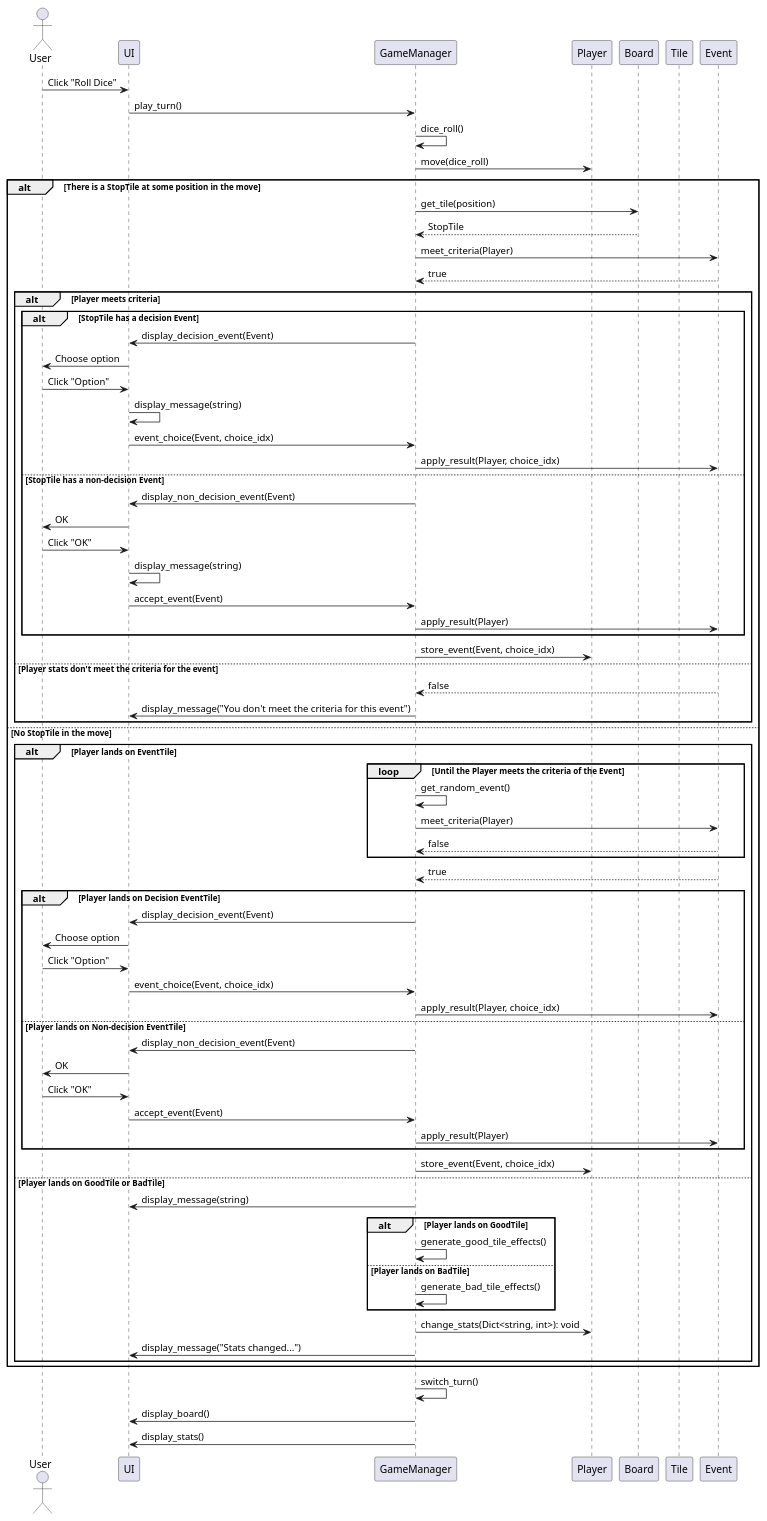
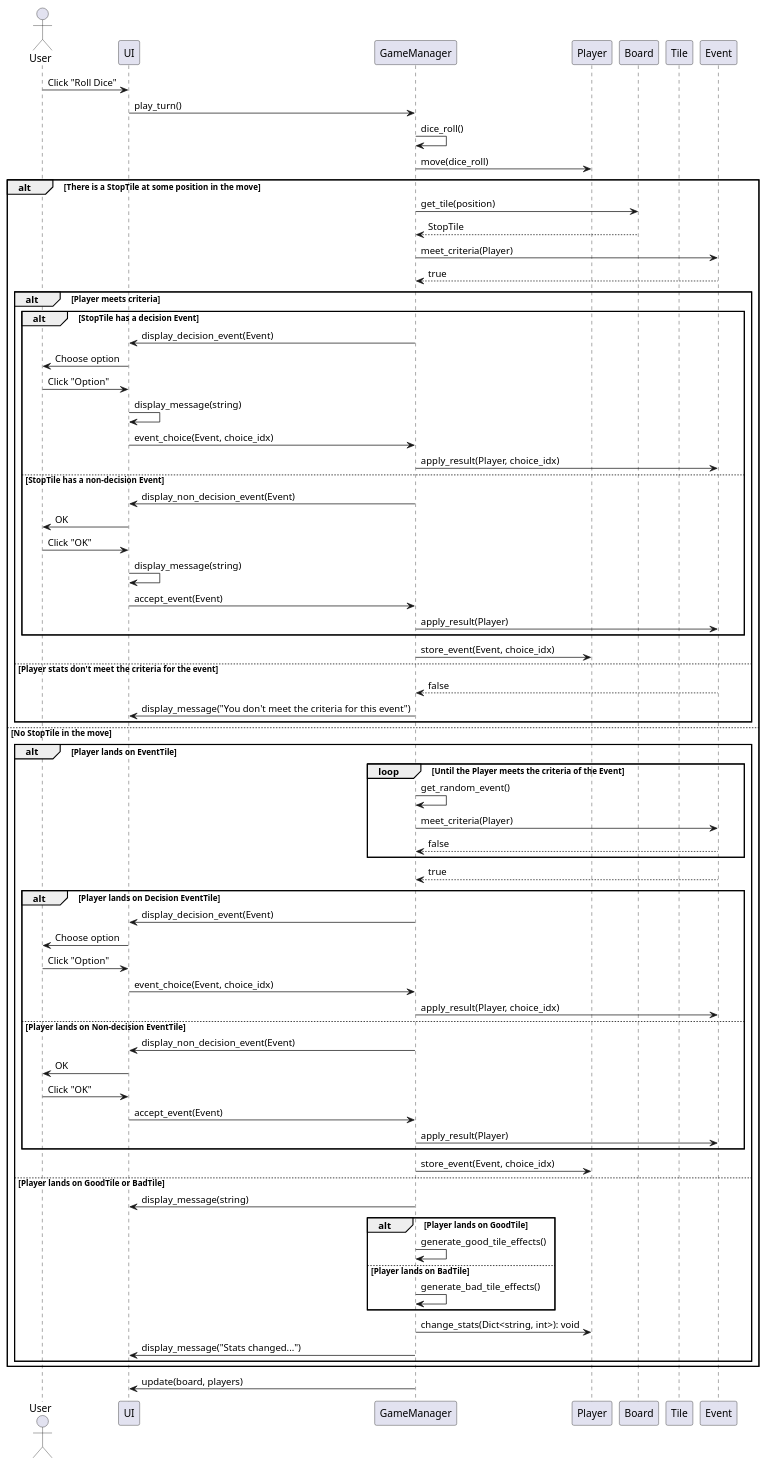
Before and after one commit to CSE-362-2025/BoardGameProject: the diagram in diagrams/sd_dice_roll.puml, drawn with PlantUML. The commit also changed 6 other files, not shown here.

```diff
--- a/diagrams/sd_dice_roll.puml
+++ b/diagrams/sd_dice_roll.puml
@@ -1,99 +1,97 @@
 @startuml SequenceDiagram: Dice roll and movement for human player
 actor User
 participant UI
 participant GameManager
 participant Player
 participant Board
 participant Tile
 participant Event
 
 User -> UI: Click "Roll Dice"
 UI -> GameManager: play_turn()
 GameManager -> GameManager: dice_roll()
 GameManager -> Player: move(dice_roll)
 
 alt There is a StopTile at some position in the move
 
 
         GameManager -> Board: get_tile(position)
         Board --> GameManager: StopTile
         GameManager -> Event: meet_criteria(Player)
         Event --> GameManager: true
 
         alt Player meets criteria
 
             alt StopTile has a decision Event
                 GameManager -> UI: display_decision_event(Event)
                 UI -> User: Choose option
                 User -> UI: Click "Option"
                 UI -> UI: display_message(string)
                 UI -> GameManager: event_choice(Event, choice_idx)
                 GameManager -> Event: apply_result(Player, choice_idx)
 
             else StopTile has a non-decision Event
                 GameManager -> UI: display_non_decision_event(Event)
                 UI -> User: OK
                 User -> UI: Click "OK"
                 UI -> UI: display_message(string)
                 UI -> GameManager: accept_event(Event)
                 GameManager -> Event: apply_result(Player)
             end
 
             GameManager -> Player: store_event(Event, choice_idx)
 
         else Player stats don't meet the criteria for the event
             Event --> GameManager: false
             GameManager -> UI: display_message("You don't meet the criteria for this event")
         end
 
 else No StopTile in the move
 
     alt Player lands on EventTile
 
         loop Until the Player meets the criteria of the Event
             GameManager -> GameManager: get_random_event()
             GameManager -> Event: meet_criteria(Player)
             Event --> GameManager: false
         end
     
         Event --> GameManager: true
 
         alt Player lands on Decision EventTile
             GameManager -> UI: display_decision_event(Event)
             UI -> User: Choose option
             User -> UI: Click "Option"
             UI -> GameManager: event_choice(Event, choice_idx)
             GameManager -> Event: apply_result(Player, choice_idx)
 
 
         else Player lands on Non-decision EventTile
             GameManager -> UI: display_non_decision_event(Event)
             UI -> User: OK
             User -> UI: Click "OK"
             UI -> GameManager: accept_event(Event)
             GameManager -> Event: apply_result(Player)
 
         end
         
         GameManager -> Player: store_event(Event, choice_idx)
     
     else Player lands on GoodTile or BadTile
         GameManager -> UI: display_message(string)
 
         alt Player lands on GoodTile
             GameManager -> GameManager: generate_good_tile_effects()
         else Player lands on BadTile
             GameManager -> GameManager: generate_bad_tile_effects()
         end
 
         GameManager -> Player: change_stats(Dict<string, int>): void
         GameManager -> UI: display_message("Stats changed...")
 
     end
 end
 
-GameManager -> GameManager: switch_turn()
-GameManager -> UI: display_board()
-GameManager -> UI: display_stats()
+GameManager -> UI: update(board, players)
 
 @enduml
```
